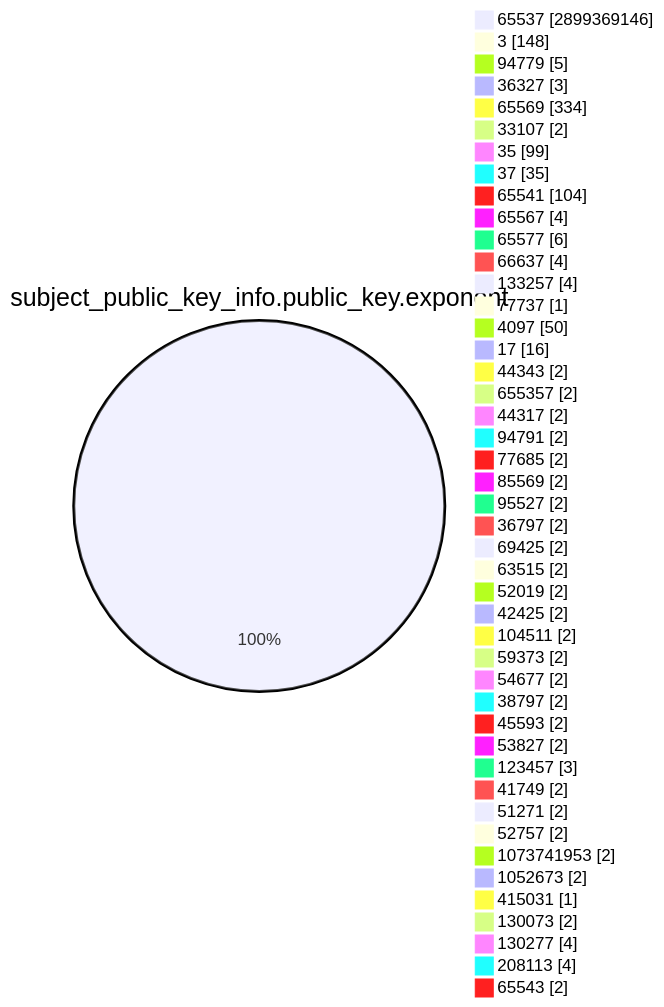
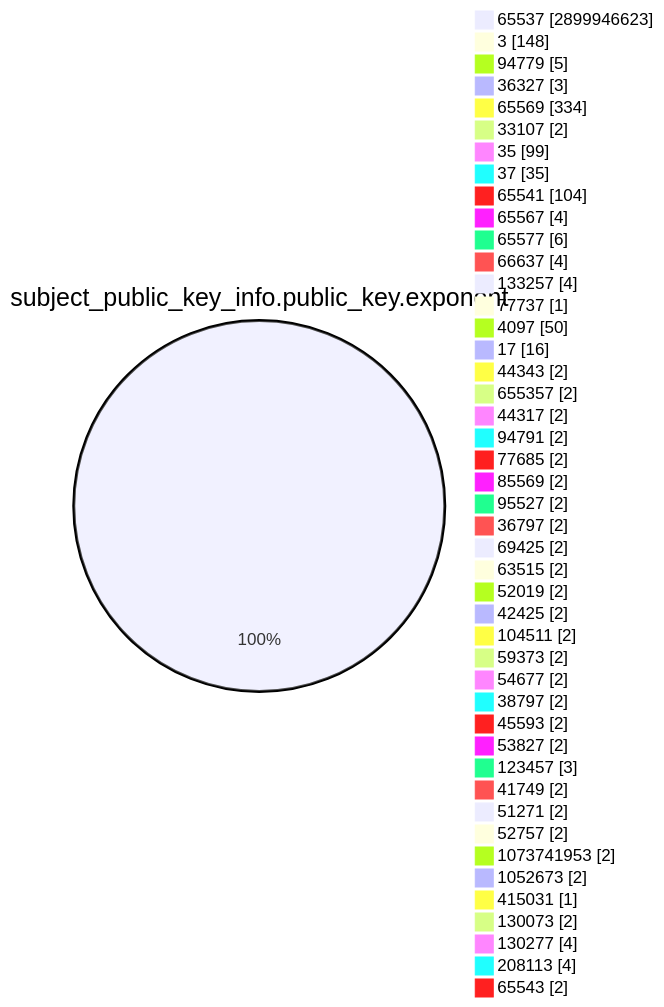
Before and after one commit to christiankrug/ctmonitor_visualization: the fourth of 15 diagrams in TOTAL/README.md, drawn with Mermaid. The commit also changed other lines of this file, not shown here.

````diff
--- a/TOTAL/README.md
+++ b/TOTAL/README.md
@@ -1469,49 +1469,49 @@
 ```mermaid
 pie showData
 title subject_public_key_info.public_key.exponent
-"65537" :2899369146
+"65537" :2899946623
 "3" :148
 "94779" :5
 "36327" :3
 "65569" :334
 "33107" :2
 "35" :99
 "37" :35
 "65541" :104
 "65567" :4
 "65577" :6
 "66637" :4
 "133257" :4
 "77737" :1
 "4097" :50
 "17" :16
 "44343" :2
 "655357" :2
 "44317" :2
 "94791" :2
 "77685" :2
 "85569" :2
 "95527" :2
 "36797" :2
 "69425" :2
 "63515" :2
 "52019" :2
 "42425" :2
 "104511" :2
 "59373" :2
 "54677" :2
 "38797" :2
 "45593" :2
 "53827" :2
 "123457" :3
 "41749" :2
 "51271" :2
 "52757" :2
 "1073741953" :2
 "1052673" :2
 "415031" :1
 "130073" :2
 "130277" :4
 "208113" :4
 "65543" :2
 ```
````
